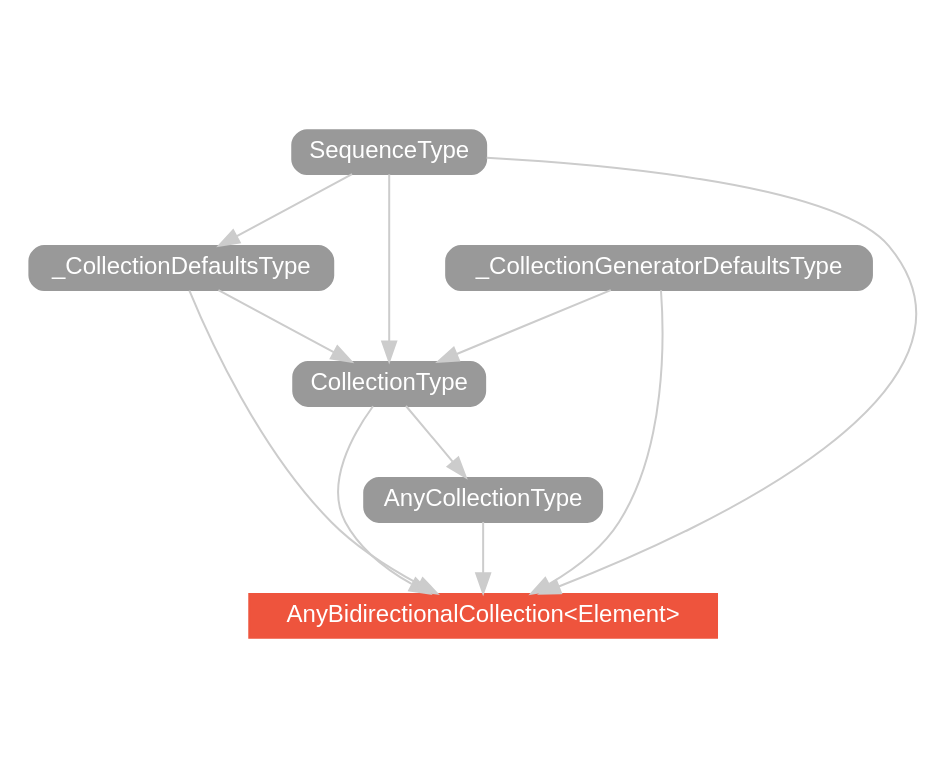
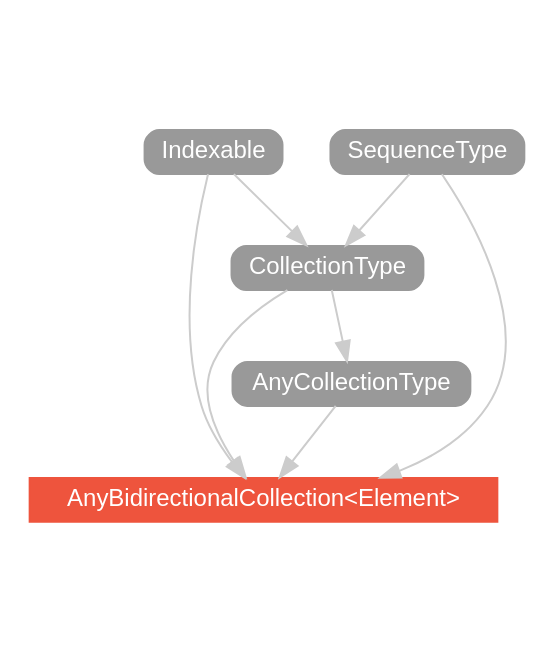
Before and after one commit to SwiftDoc/SwiftDoc.github.io: the diagram in swift-2/type/AnyBidirectionalCollection/hierarchy/index.dot, drawn with Graphviz. The commit also changed 1118 other files, not shown here.

```diff
--- a/swift-2/type/AnyBidirectionalCollection/hierarchy/index.dot
+++ b/swift-2/type/AnyBidirectionalCollection/hierarchy/index.dot
@@ -1,28 +1,21 @@
 strict digraph "AnyBidirectionalCollection<Element> - Type Hierarchy - SwiftDoc.org" {
     pad="0.1,0.8"
     node [shape=box, style="filled,rounded", color="#999999", fillcolor="#999999", fontcolor=white, fontname=Helvetica, fontnames="Helvetica,sansserif", fontsize=12, margin="0.07,0.05", height="0.3"]
     edge [color="#cccccc"]
     "AnyBidirectionalCollection<Element>" [URL="/type/AnyBidirectionalCollection/", style="filled", fillcolor="#ee543d", color="#ee543d"]
     "AnyCollectionType" [URL="/protocol/AnyCollectionType/"]
     "CollectionType" [URL="/protocol/CollectionType/"]
-    "SequenceType" [URL="/protocol/SequenceType/"]
-    "_CollectionDefaultsType" [URL="/protocol/_CollectionDefaultsType/"]
-    "_CollectionGeneratorDefaultsType" [URL="/protocol/_CollectionGeneratorDefaultsType/"]    "AnyCollectionType" -> "AnyBidirectionalCollection<Element>"
+    "Indexable" [URL="/protocol/Indexable/"]
+    "SequenceType" [URL="/protocol/SequenceType/"]    "AnyCollectionType" -> "AnyBidirectionalCollection<Element>"
     "CollectionType" -> "AnyBidirectionalCollection<Element>"
+    "Indexable" -> "AnyBidirectionalCollection<Element>"
     "SequenceType" -> "AnyBidirectionalCollection<Element>"
-    "_CollectionDefaultsType" -> "AnyBidirectionalCollection<Element>"
-    "_CollectionGeneratorDefaultsType" -> "AnyBidirectionalCollection<Element>"
     "CollectionType" -> "AnyCollectionType"
+    "Indexable" -> "CollectionType"
     "SequenceType" -> "CollectionType"
-    "_CollectionDefaultsType" -> "CollectionType"
-    "_CollectionGeneratorDefaultsType" -> "CollectionType"
-    "SequenceType" -> "_CollectionDefaultsType"
+    "Indexable" -> "CollectionType"
     "SequenceType" -> "CollectionType"
-    "_CollectionDefaultsType" -> "CollectionType"
-    "_CollectionGeneratorDefaultsType" -> "CollectionType"
-    "SequenceType" -> "_CollectionDefaultsType"
-    "SequenceType" -> "_CollectionDefaultsType"
     subgraph Types {
         rank = max; "AnyBidirectionalCollection<Element>";
     }
 }
```
